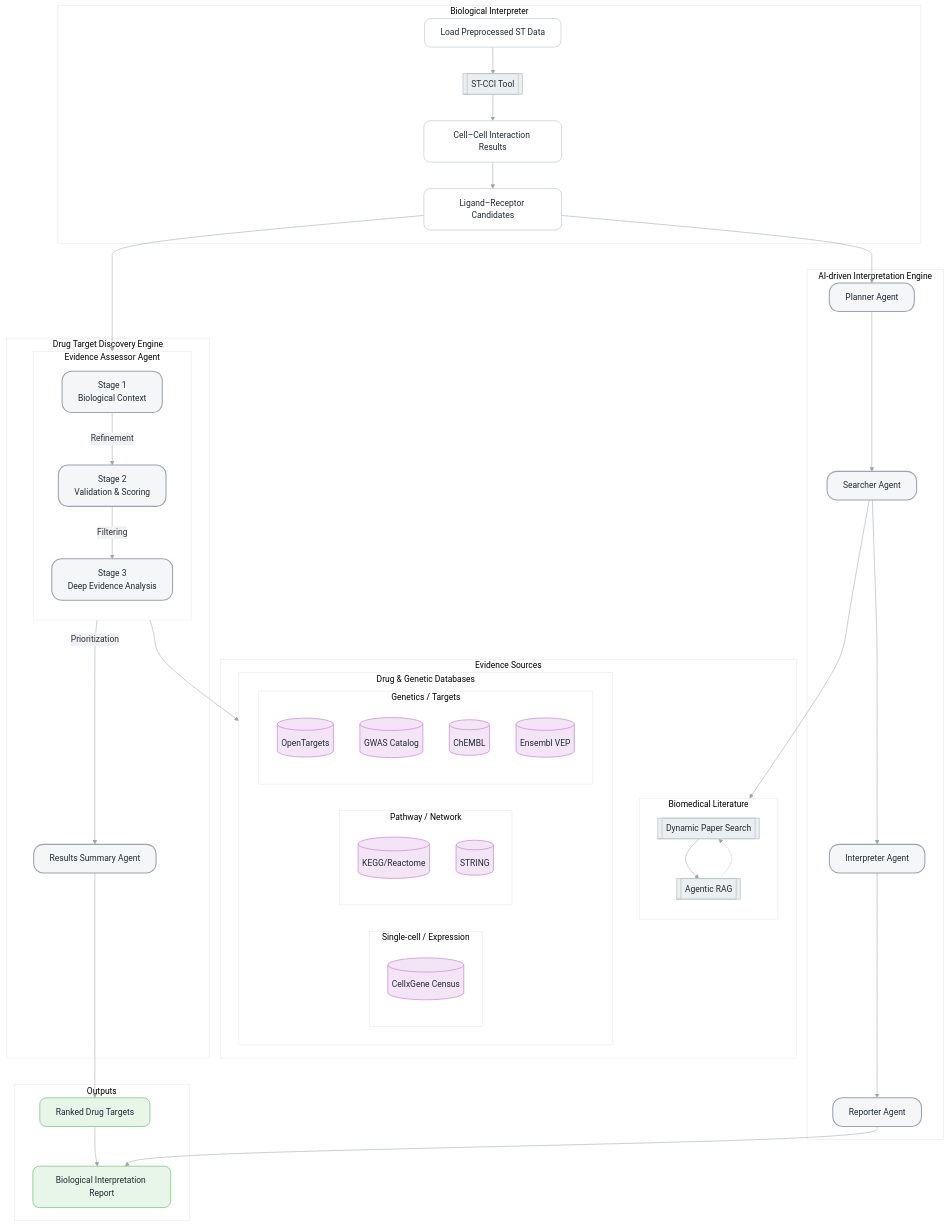
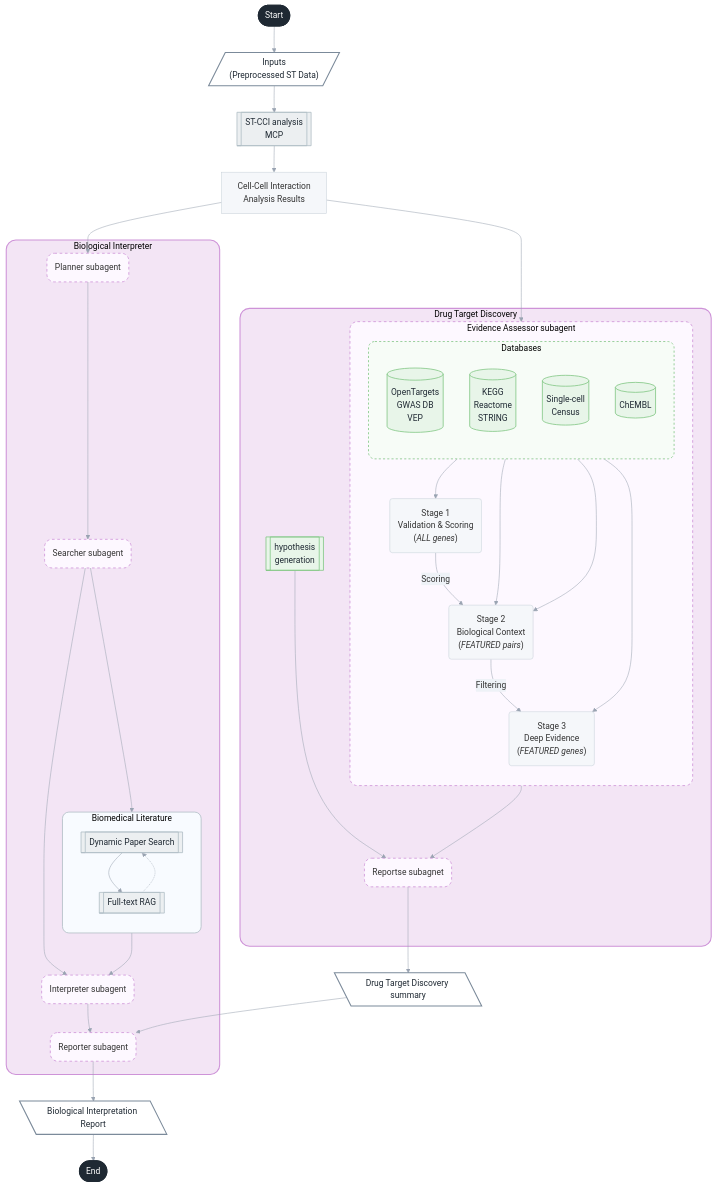
The diagram in agent_architecture/3.biological_interpretor.mermaid (junghyunJJ/DeepMAST), drawn with Mermaid before and after one commit. The commit also changed 95 other files, not shown here.

Commit message:
updaet 'drug_target'

```diff
--- a/agent_architecture/3.biological_interpretor.mermaid
+++ b/agent_architecture/3.biological_interpretor.mermaid
@@ -1,138 +1,135 @@
 %%{init: {
+  "securityLevel": "loose",
   "theme": "base",
   "themeVariables": {
     "fontFamily": "Helvetica, Arial",
     "primaryColor": "#f5f7fa",
     "primaryBorderColor": "#c9d1d9",
     "lineColor": "#9aa4b2",
     "secondaryColor": "#eef2f7",
     "tertiaryColor": "#ffffff"
   }
 }}%%
 
 flowchart TB
 
 %% ======================
+%% Biological Interpreter Input
+%% ======================
+START(["Start"]):::terminal -->
+ST[/"Inputs<br/>(Preprocessed ST Data)"/]:::io_white
+
+STCCI[["ST-CCI analysis</br>MCP"]]:::tool
+CCI["Cell-Cell Interaction</br> Analysis Results"]
+%% LR["Ligand-Receptor Candidates"]
+
+%% ======================
 %% Biological Interpreter
 %% ======================
-subgraph BI[Biological Interpreter]
-    ST[Load Preprocessed ST Data]:::module
-    STCCI[[ST-CCI Tool]]:::tool
-    CCI[Cell–Cell Interaction Results]:::module
-    LR[Ligand–Receptor Candidates]:::module
+subgraph INPUT["Biological Interpreter"]
+    P("Planner subagent"):::subagent
+    S("Searcher subagent"):::subagent
+    I("Interpreter subagent"):::subagent
+    R("Reporter subagent"):::subagent
+
+    subgraph LIT["Biomedical Literature"]
+        direction TB
+        DPS[["Dynamic Paper Search"]]:::tool
+        RAG[["Full-text RAG"]]:::tool
+    end
 end
 
-%% ======================
-%% AI-driven Interpretation Engine
-%% ======================
-subgraph AI[AI-driven Interpretation Engine]
-    P[Planner Agent]:::agent
-    S[Searcher Agent]:::agent
-    I[Interpreter Agent]:::agent
-    R[Reporter Agent]:::agent
-end
 
 %% ======================
-%% Evidence Sources
+%% Drug Target Discovery
 %% ======================
-subgraph ES[Evidence Sources]
+subgraph DT["Drug Target Discovery"]
 
-    subgraph LIT[Biomedical Literature]
+    subgraph EA_SUB["Evidence Assessor subagent"]
         direction TB
-        DPS[[Dynamic Paper Search]]:::tool
-        AR[[Agentic RAG]]:::tool
+        F2("Stage 1<br/>Validation & Scoring<br/>(<i>ALL genes</i>)")
+        %% SEL{"Gene Selection<br/>(<i>FEATURED</i>)"}:::decision
+        F1("Stage 2<br/>Biological Context<br/>(<i>FEATURED pairs</i>)")
+        F3("Stage 3<br/>Deep Evidence<br/>(<i>FEATURED genes</i>)")
+
+            %% subgraph DBGRP["Drug & Genetic Databases"]
+        subgraph DBGRP["Databases"]
+            direction TB
+            DB_GT[("OpenTargets<br/>GWAS DB<br/>VEP")]:::resource
+            DB_PW[("KEGG<br/>Reactome<br/>STRING")]:::resource
+            DB_SC[("Single-cell<br/>Census")]:::resource
+            DB_DR[("ChEMBL")]:::resource
+            %%DB_AR[("PubMed<br/>PubTator3")]:::resource
+        end
     end
 
-
-subgraph DB[Drug & Genetic Databases]
-    direction LR
-
-    subgraph DB1[Single-cell / Expression]
-        scdb[(CellxGene Census)]
-    end
-
-    subgraph DB2[Pathway / Network]
-        pathwaydb[(KEGG/Reactome)]
-        ppidb[(STRING)]
-    end
-
-    subgraph DB3[Genetics / Targets]
-        ot[(OpenTargets)]
-        gwasdb[(GWAS Catalog)]
-        chembl[(ChEMBL)]
-        vepdb[(Ensembl VEP)]
-    end
-end
-end
-
-%% ======================
-%% Drug Target Discovery Engine
-%% ======================
-subgraph DT[Drug Target Discovery Engine]
-
-    subgraph EA[Evidence Assessor Agent]
-        direction TB
-        F1[Stage 1<br/>Biological Context]:::agent
-        F2[Stage 2<br/>Validation & Scoring]:::agent
-        F3[Stage 3<br/>Deep Evidence Analysis]:::agent
-    end
-
-    RS[Results Summary Agent]:::agent
+    %% DPS2[["Dynamic Paper Search"]]:::tool
+    SKILL_hypo[["hypothesis<br/>generation"]]:::resource
+    RW("Reportse subagnet"):::subagent
 
 end
 
 %% ======================
 %% Outputs
 %% ======================
-subgraph OUT[Outputs]
-    REP[Biological Interpretation Report]:::output
-    RANK[Ranked Drug Targets]:::output
-end
+DTDS[\"Drug Target Discovery summary"\]:::io_white
+REP[\"Biological Interpretation Report"\]:::io_white
+END(["End"]):::terminal
 
 %% ======================
 %% Flow
 %% ======================
+ST --> STCCI --> CCI
 
-ST --> STCCI --> CCI --> LR
-
-%% 🔥 Hypothesis Initialization 강조
-LR --> P
+%% Hypothesis Initialization
+CCI --> P
+CCI --> F2
 
 P --> S --> I --> R
+%% Literature access
+S --> LIT
+LIT --> I
+DPS --> RAG
+RAG -.-> DPS
 
-%% Literature loop
-S --> LIT
-DPS --> AR
-AR -.-> DPS
+%% Reordered 3-stage funnel
+%% F2 -->|"Scoring"| SEL -->|"FEATURED"| F1 -->|"Filtering"| F3 -->|"Prioritization"| RANK
+F2 -->|"Scoring"| F1 -->|"Filtering"| F3 --> RW
 
-%% 🔥 Multi-source retrieval 강조
-%%S -.->|Database Query| DB
-EA --> DB
+%% DB access (per-stage)
+%%F2 <--> DB_GT
+%%F1 <--> DB_PW
+%%F1 <--> DB_SC
+%%F3 <--> DB_DR
 
-%% Drug target pipeline
-LR --> EA
-
-%% 🔥 Funnel-like progression
-F1 -->|Refinement| F2 -->|Filtering| F3 -->|Prioritization| RS
-
-RS --> RANK
+DB_GT --> F2
+DB_PW --> F1
+DB_SC --> F1
+DB_DR --> F3
 
 %% Outputs
 R --> REP
-RANK --> REP
+SKILL_hypo --> RW
+RW --> DTDS
+DTDS --> R
+REP --> END
 
 %% ======================
 %% Style Classes
 %% ======================
+classDef module fill:#ffffff,stroke:#c9d1d9,stroke-width:1.5px,rx:12,ry:12,color:#1f2933
+classDef subagent fill:#fdf8ff,stroke:#ce93d8,stroke-width:1.5px,stroke-dasharray: 5 5,rx:14,ry:14
+classDef tool fill:#eceff1,stroke:#b0bec5,stroke-width:1.5px,rx:10,ry:10,color:#1f2933
+classDef resource fill:#e8f5e9,stroke:#81c784,stroke-width:1.5px,rx:12,ry:12,color:#1f2933
+classDef decision fill:#e8f5e9,stroke:#81c784,stroke-width:1.8px,color:#1f2933
+classDef terminal fill:#1f2933,stroke:#1f2933,stroke-width:2px,color:#ffffff
+classDef io_white fill:#ffffff,stroke:#7b8a9a,stroke-width:2px,rx:14,ry:14,color:#1f2933
 
-classDef module fill:#ffffff,stroke:#c9d1d9,stroke-width:1.5px,rx:12,ry:12,color:#1f2933
-classDef agent fill:#f4f6f8,stroke:#9aa4b2,stroke-width:2px,rx:18,ry:18,color:#1f2933
-classDef tool fill:#eceff1,stroke:#b0bec5,stroke-width:1.2px,rx:10,ry:10,color:#1f2933
-classDef database fill:#f3e5f5,stroke:#ce93d8,stroke-width:1.5px,rx:10,ry:10,color:#1f2933
-classDef output fill:#e8f5e9,stroke:#81c784,stroke-width:1.5px,rx:12,ry:12,color:#1f2933
+%% Subagent edges: purple dotted
 
-class ST,CCI,LR module
-class P,S,I,R,F1,F2,F3,RS agent
-class STCCI,DPS,AR tool
-class scdb,pathwaydb,ppidb,ot,gwasdb,chembl,vepdb database
-class REP,RANK output
+%% Subgraph styles
+style INPUT fill:#f3e5f5,stroke:#ce93d8,stroke-width:2px,rx:18,ry:18
+style LIT fill:#f8fbff,stroke:#b0bec5,stroke-width:1.5px,rx:12,ry:12
+style DT fill:#f3e5f5,stroke:#ce93d8,stroke-width:2px,rx:18,ry:18
+style EA_SUB fill:#fdf8ff,stroke:#ce93d8,stroke-width:1.5px,stroke-dasharray: 5 5,rx:14,ry:14
+style DBGRP fill:#f7fcf7,stroke:#81c784,stroke-width:1.5px,stroke-dasharray: 4 4,rx:12,ry:12
```
